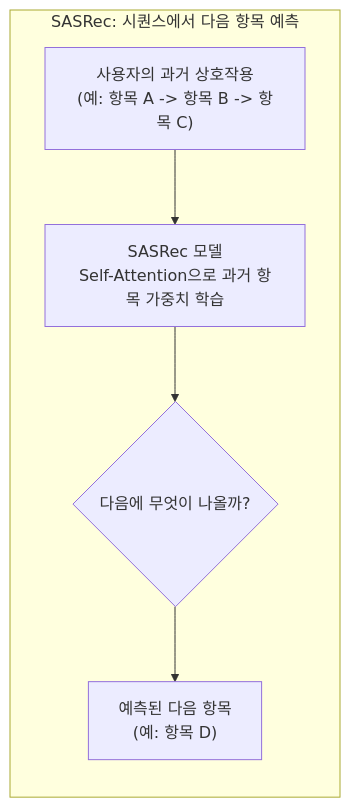
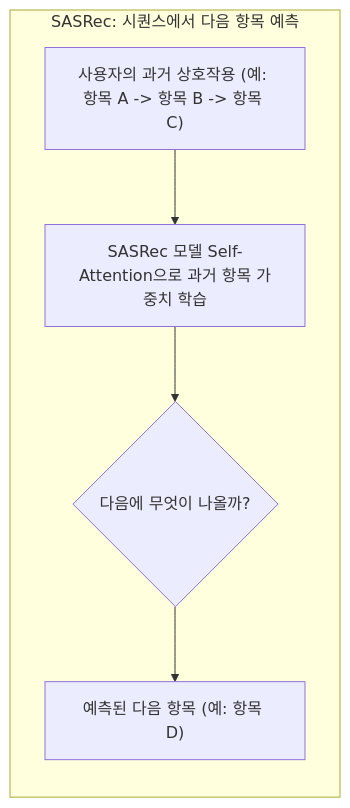
The eighth of 11 diagrams in ConstructivistLearningPath.md (gh-shin/suggest-models-example), drawn with Mermaid before and after one commit. The commit also changed other lines of this file, not shown here.

Commit message:
modify mermaid

````diff
--- a/ConstructivistLearningPath.md
+++ b/ConstructivistLearningPath.md
@@ -290,8 +320,8 @@
     ```mermaid
     graph LR
         subgraph "SASRec: 시퀀스에서 다음 항목 예측"
-            PastInteractions["사용자의 과거 상호작용\n(예: 항목 A -> 항목 B -> 항목 C)"] --> Model["SASRec 모델\nSelf-Attention으로 과거 항목 가중치 학습"]
+            PastInteractions["사용자의 과거 상호작용 (예: 항목 A -> 항목 B -> 항목 C)"] --> Model["SASRec 모델 Self-Attention으로 과거 항목 가중치 학습"]
             Model --> Q{"다음에 무엇이 나올까?"}
-            Q --> PredictedNextItem["예측된 다음 항목\n(예: 항목 D)"]
+            Q --> PredictedNextItem["예측된 다음 항목 (예: 항목 D)"]
         end
     ```
````
